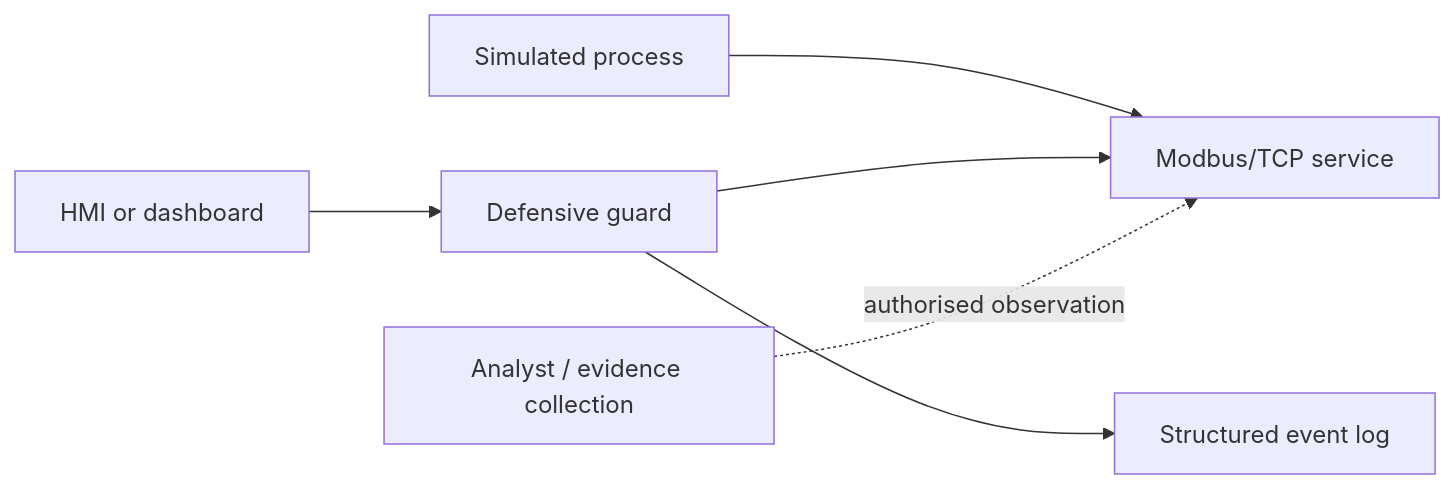
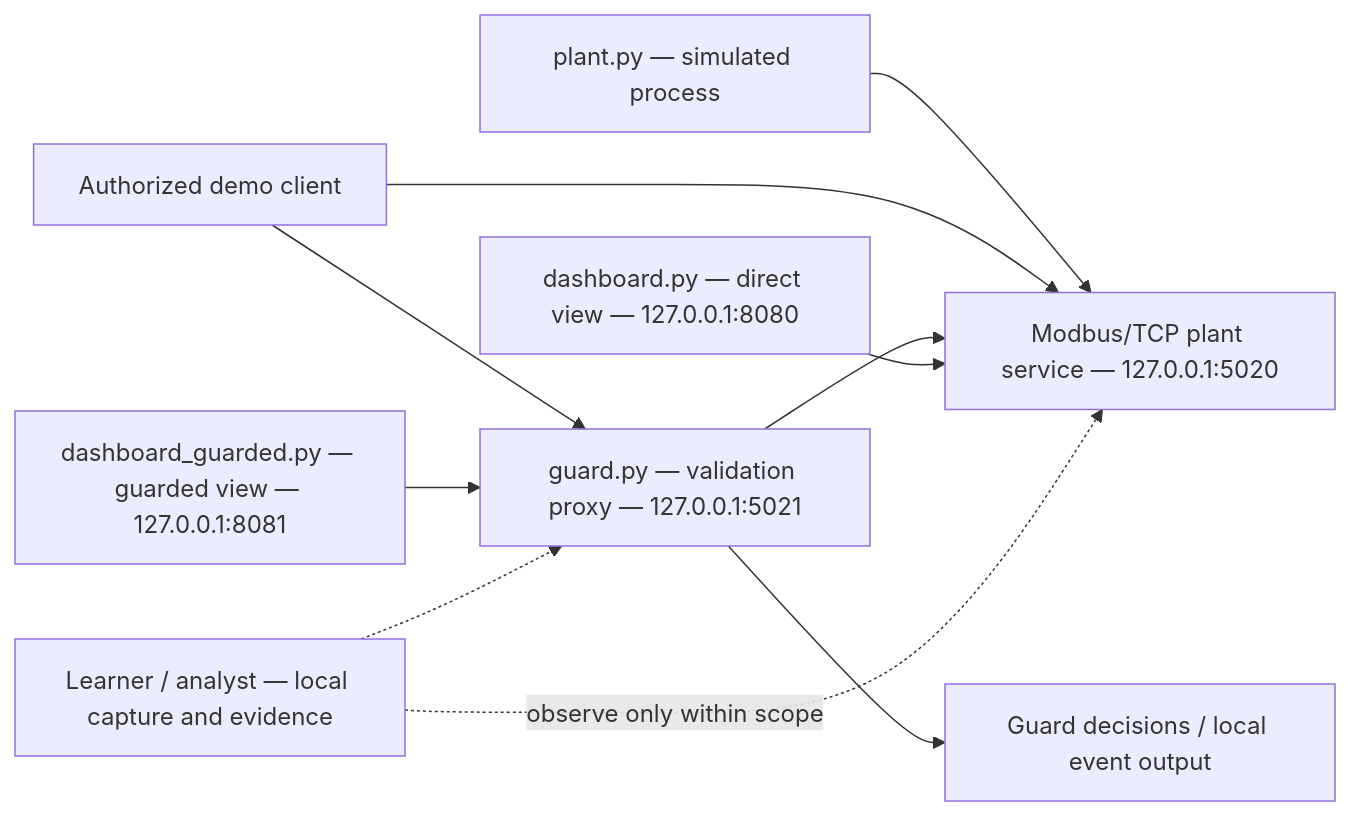
One commit to icdfa/ACICP302ICS-Network-Security-and-Attacks changed the diagram in docs/reference-architecture.md. Above: the diagram before and after it, drawn with Mermaid. The commit also changed other lines of this file and 59 other files, not shown here.

````diff
--- a/docs/reference-architecture.md
+++ b/docs/reference-architecture.md
@@ -5,8 +5,12 @@
 ```mermaid
 flowchart LR
-    P["Simulated process"] --> M["Modbus/TCP service"]
-    H["HMI or dashboard"] --> G["Defensive guard"]
+    P["plant.py — simulated process"] --> M["Modbus/TCP plant service — 127.0.0.1:5020"]
+    C["Authorized demo client"] --> M
+    C --> G["guard.py — validation proxy — 127.0.0.1:5021"]
     G --> M
-    A["Analyst / evidence collection"] -. "authorised observation" .-> M
-    G --> L["Structured event log"]
+    D["dashboard.py — direct view — 127.0.0.1:8080"] --> M
+    DG["dashboard_guarded.py — guarded view — 127.0.0.1:8081"] --> G
+    A["Learner / analyst — local capture and evidence"] -. "observe only within scope" .-> M
+    A -.-> G
+    G --> L["Guard decisions / local event output"]
 ```
````
